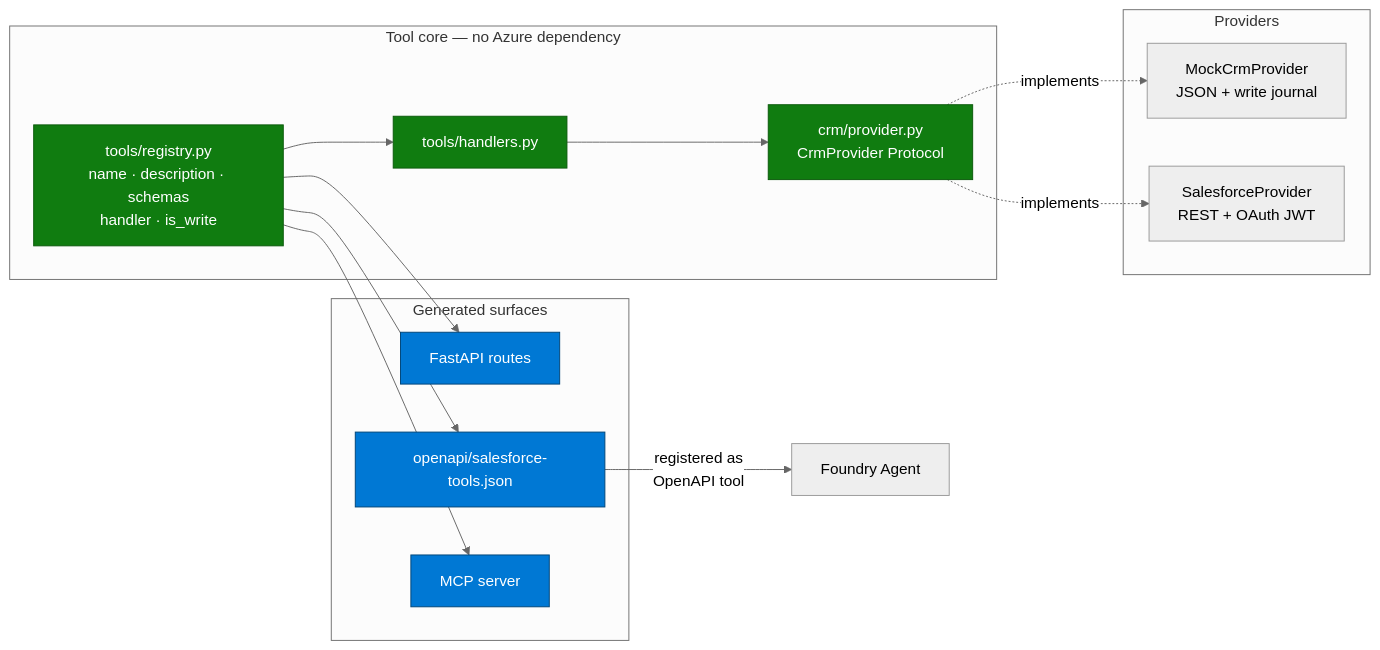
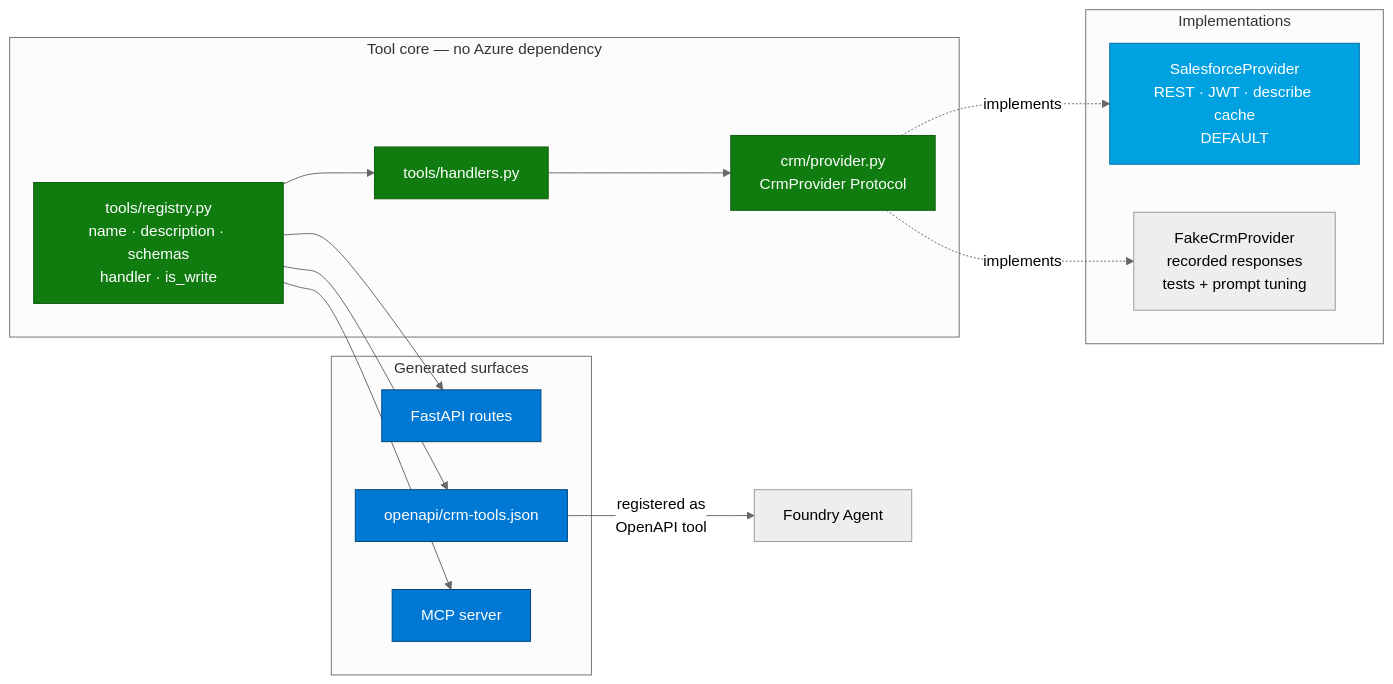
Before and after one commit to mikefelder/foundry-voice-agent-crm-poc: the fourth of 7 diagrams in README.md, drawn with Mermaid (neutral theme). The commit also changed other lines of this file, not shown here.

Commit message:
Update README to reflect live Salesforce integration and enhance documentation clarity

````diff
--- a/README.md
+++ b/README.md
@@ -200,33 +215,35 @@
 ```mermaid
 graph LR
     subgraph Core["Tool core — no Azure dependency"]
         REG["tools/registry.py<br/>name · description · schemas<br/>handler · is_write"]
         HAND["tools/handlers.py"]
         PROV["crm/provider.py<br/>CrmProvider Protocol"]
     end
 
-    subgraph Impl["Providers"]
-        MOCK["MockCrmProvider<br/>JSON + write journal"]
-        SFDC["SalesforceProvider<br/>REST + OAuth JWT"]
+    subgraph Impl["Implementations"]
+        SFDC["SalesforceProvider<br/>REST · JWT · describe cache<br/>DEFAULT"]
+        FAKE["FakeCrmProvider<br/>recorded responses<br/>tests + prompt tuning"]
     end
 
     subgraph Surfaces["Generated surfaces"]
         REST["FastAPI routes"]
-        SPEC["openapi/salesforce-tools.json"]
+        SPEC["openapi/crm-tools.json"]
         MCPS["MCP server"]
     end
 
     REG --> HAND
     HAND --> PROV
-    PROV -.implements.-> MOCK
     PROV -.implements.-> SFDC
+    PROV -.implements.-> FAKE
     REG --> REST
     REG --> SPEC
     REG --> MCPS
     SPEC -->|"registered as<br/>OpenAPI tool"| AGENT["Foundry Agent"]
 
     classDef core fill:#107C10,stroke:#0B5A0B,color:#fff
     classDef gen fill:#0078D4,stroke:#004578,color:#fff
+    classDef prim fill:#00A1E0,stroke:#0071A8,color:#fff
     class REG,HAND,PROV core
     class REST,SPEC,MCPS gen
+    class SFDC prim
 ```
````
